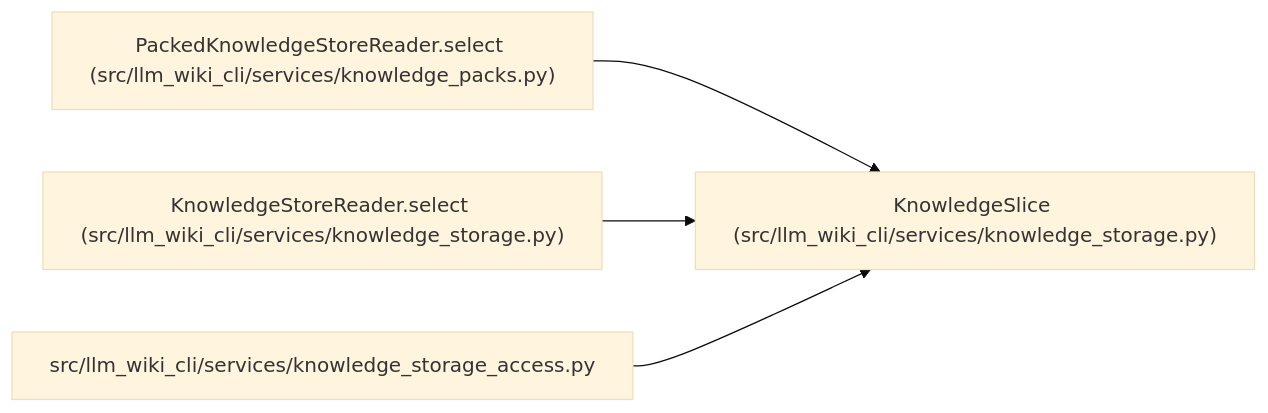
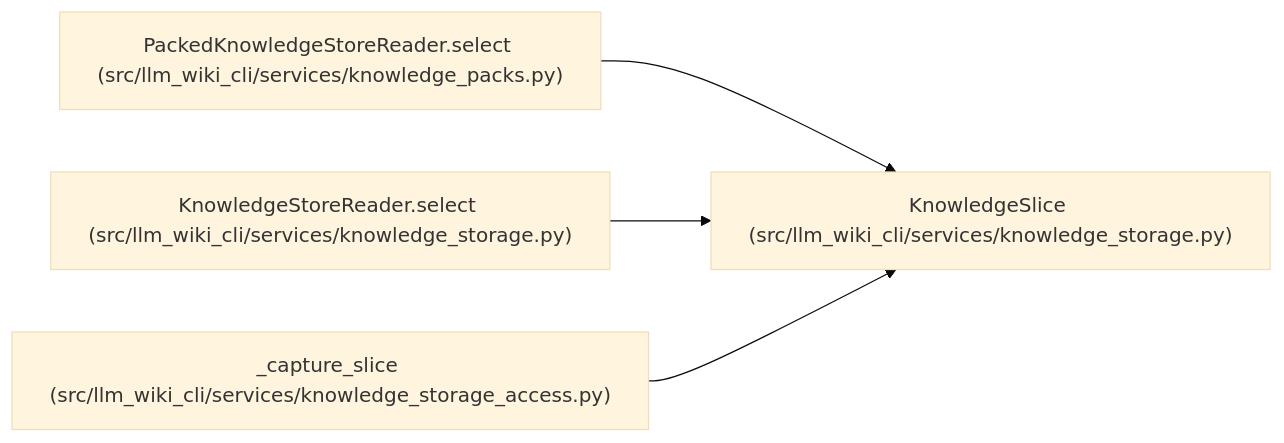
The diagram in docs/llm_wiki/entities/KnowledgeSlice.md (Denissvgn/python-wiki-llm), drawn with Mermaid (base theme) before and after one commit. The commit also changed other lines of this file and 486 other files, not shown here.

First line of the commit message:
Improve knowledge storage performance and recoverable cleanup (#36)

````diff
--- a/docs/llm_wiki/entities/KnowledgeSlice.md
+++ b/docs/llm_wiki/entities/KnowledgeSlice.md
@@ -29,14 +29,14 @@
 ```mermaid
 flowchart LR
     n0["KnowledgeSlice (src/llm_wiki_cli/services/knowledge_storage.py)"]
     n1["PackedKnowledgeStoreReader.select (src/llm_wiki_cli/services/knowledge_packs.py)"]
     n2["KnowledgeStoreReader.select (src/llm_wiki_cli/services/knowledge_storage.py)"]
-    n3["src/llm_wiki_cli/services/knowledge_storage_access.py"]
+    n3["_capture_slice (src/llm_wiki_cli/services/knowledge_storage_access.py)"]
     n1 --> n0
     n2 --> n0
     n3 --> n0
     click n0 "../modules/knowledge_storage.md"
     click n1 "../modules/knowledge_packs.md"
     click n2 "../modules/knowledge_storage.md"
     click n3 "../modules/knowledge_storage_access.md"
 ```
````
